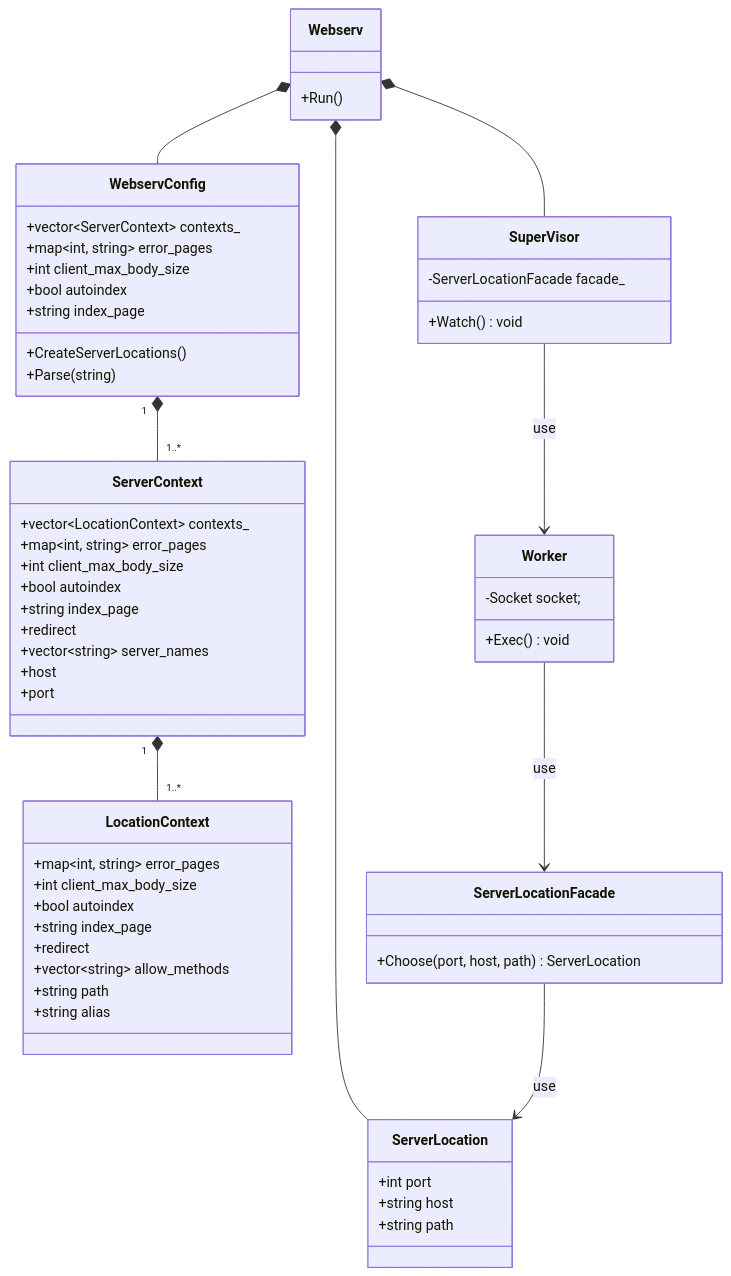
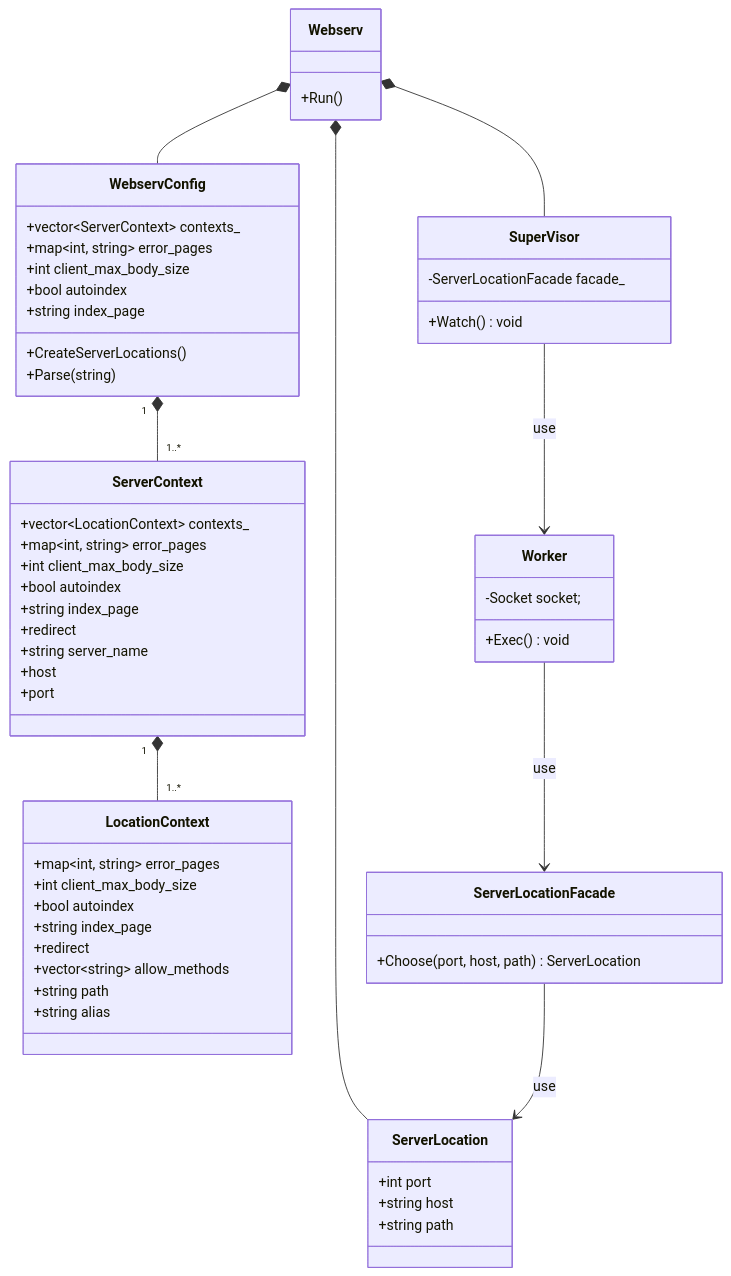
The diagram in docs/class/config_class.md (katataku/webserv), drawn with Mermaid before and after one commit. The commit also changed 1 other file, not shown here.

Commit message:
fix: server_nameは1つしか設定できないように

````diff
--- a/docs/class/config_class.md
+++ b/docs/class/config_class.md
@@ -1,76 +1,76 @@
 ```mermaid
 classDiagram
     Webserv *-- WebservConfig
     WebservConfig "1" *-- "1..*" ServerContext
     ServerContext "1" *-- "1..*" LocationContext
 
     Webserv *-- SuperVisor
     Webserv *-- ServerLocation
     SuperVisor --> Worker : use
     Worker --> ServerLocationFacade : use
     ServerLocationFacade --> ServerLocation: use
 
     class WebservConfig {
         +vector~ServerContext~ contexts_
         +map~int, string~ error_pages
         +int client_max_body_size
         +bool autoindex
         +string index_page
         +CreateServerLocations()
         +Parse(string)
     }
 
     %% TODO: listenディレクトリは複数指定できるかを確認 %%
     %% TODO: redirectの持ち方を検討 %%
     class ServerContext {
         +vector~LocationContext~ contexts_
         +map~int, string~ error_pages
         +int client_max_body_size
         +bool autoindex
         +string index_page
         +redirect
-        +vector~string~ server_names
+        +string server_name
         +host
         +port
     }
 
     class LocationContext {
         +map~int, string~ error_pages
         +int client_max_body_size
         +bool autoindex
         +string index_page
         +redirect
         +vector~string~ allow_methods
         +string path
         +string alias
     }
 
     class Webserv {
         +Run()
     }
 
     %% IO多重化とソケットクラスを生成してWorkerに処理を依頼するまでを担当する%%
     class SuperVisor {
         -ServerLocationFacade facade_
         +Watch() void
     }
 
     %% Socketを元に具体的な処理を担当する。 %%
     %% Requestを受け付けてResponseの返却をする %%
     class Worker {
         -Socket socket;
         +Exec() void
     }
 
     %% どのServerLocationを使用するかを決定する責務 %%
     class ServerLocationFacade {
         +Choose(port, host, path) ServerLocation
     }
 
     %% configを元に各locationごとの設定 %%
     class ServerLocation {
         +int port
         +string host
         +string path
     }
 ```
````
